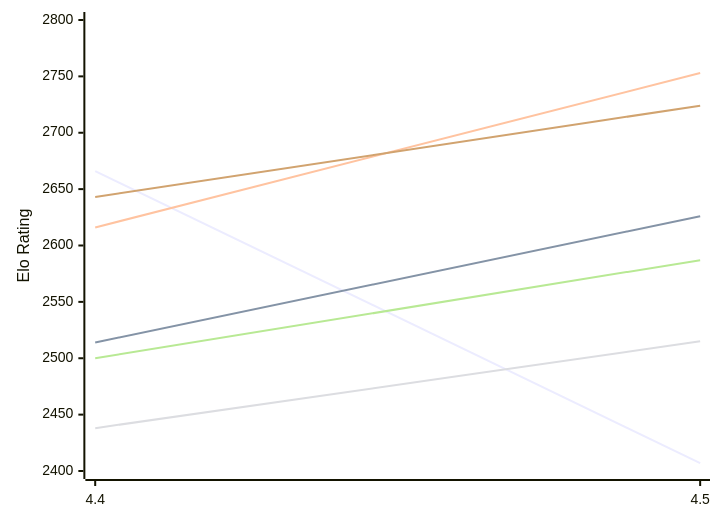
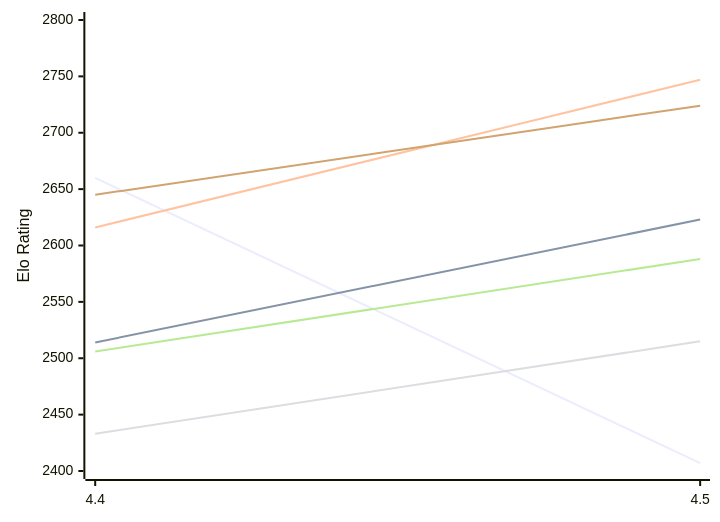
The first of 2 diagrams in engines/Eubos.md (computer-chess-index/cci), drawn with Mermaid before and after one commit. The commit also changed other lines of this file, not shown here.

Commit message:
Update CCI Ratings (ELO VLTC) - 2026-11-26

````diff
--- a/engines/Eubos.md
+++ b/engines/Eubos.md
@@ -52,12 +52,12 @@
 ```mermaid
 %%{init: {"theme":"base","themeVariables":{"seriesColors:['#a3a3a3','#222221','#faa371']}}}%%
 xychart-beta
   x-axis ["4.4", "4.5"]
   y-axis "Elo Rating" 2400 --> 2800
-  line "E1: STC (8.0+0.08s)" [2666, 2407]
-  line "E1: LTC (60.0+0.60s)" [2514, 2626]
-  line "E1: VLTC (2m24s+1.12s)" [2616, 2753]
-  line "P1: STC (8.0+0.08s)" [2438, 2515]
-  line "P1: LTC (60.0+0.60s)" [2500, 2587]
-  line "P1: VLTC (2m24s+1.12s)" [2643, 2724]
+  line "E1: STC (8.0+0.08s)" [2660, 2407]
+  line "E1: LTC (60.0+0.60s)" [2514, 2623]
+  line "E1: VLTC (2m24s+1.12s)" [2616, 2747]
+  line "P1: STC (8.0+0.08s)" [2433, 2515]
+  line "P1: LTC (60.0+0.60s)" [2506, 2588]
+  line "P1: VLTC (2m24s+1.12s)" [2645, 2724]
 ```
````
